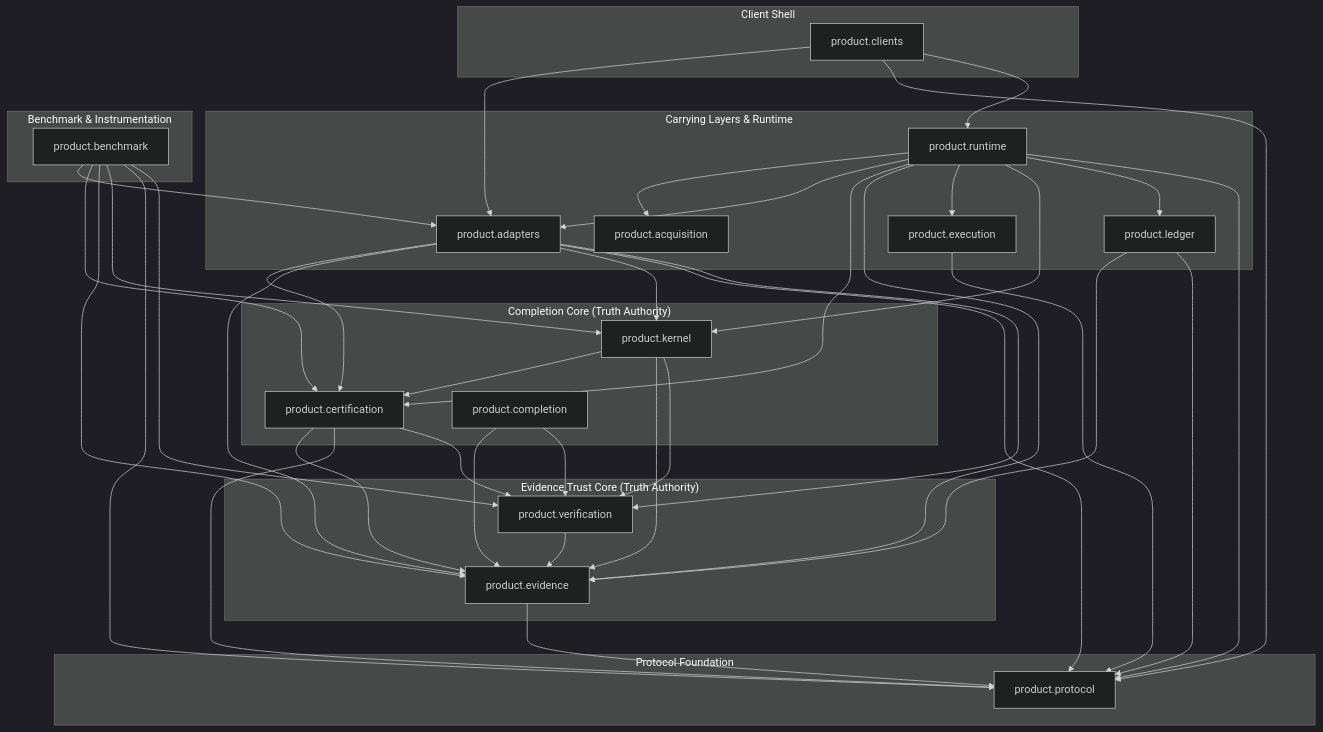
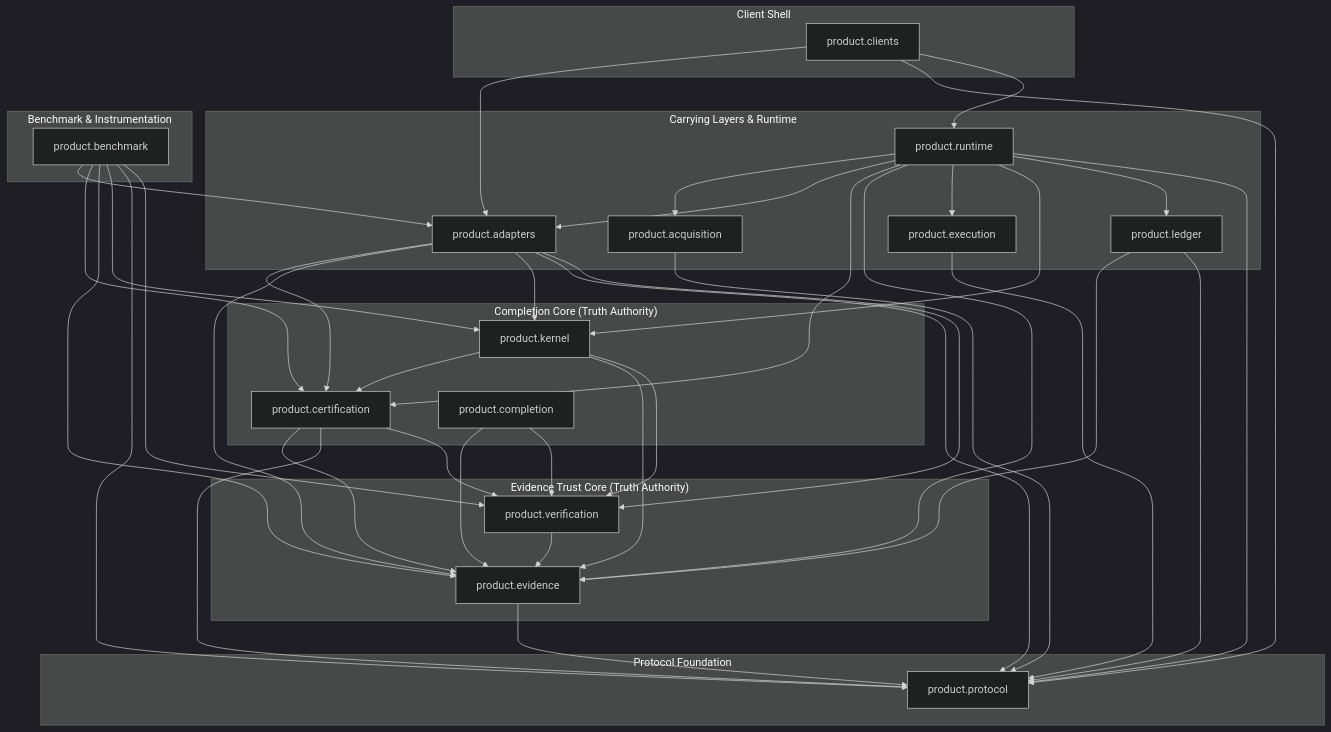
One commit to James3014/nexus-core changed the diagram in docs/architecture/BOUNDARY.md. Above: the diagram before and after it, drawn with Mermaid (dark theme). The commit also changed 2 other files, not shown here.

Commit message:
fix: respect acquisition architecture boundary

````diff
--- a/docs/architecture/BOUNDARY.md
+++ b/docs/architecture/BOUNDARY.md
@@ -46,64 +46,65 @@
 ```mermaid
 flowchart TD
     subgraph Clients["Client Shell"]
         product.clients["product.clients"]
     end
     subgraph Runtime["Carrying Layers & Runtime"]
         product.runtime["product.runtime"]
         product.acquisition["product.acquisition"]
         product.execution["product.execution"]
         product.ledger["product.ledger"]
         product.adapters["product.adapters"]
     end
     subgraph CompletionCore["Completion Core (Truth Authority)"]
         product.kernel["product.kernel"]
         product.certification["product.certification"]
         product.completion["product.completion"]
     end
     subgraph EvidenceTrustCore["Evidence Trust Core (Truth Authority)"]
         product.verification["product.verification"]
         product.evidence["product.evidence"]
     end
     subgraph ProtocolFoundation["Protocol Foundation"]
         product.protocol["product.protocol"]
     end
     subgraph Benchmark["Benchmark & Instrumentation"]
         product.benchmark["product.benchmark"]
     end
 
+    product.acquisition --> product.protocol
     product.adapters --> product.certification
     product.adapters --> product.evidence
     product.adapters --> product.kernel
     product.adapters --> product.protocol
     product.adapters --> product.verification
     product.benchmark --> product.adapters
     product.benchmark --> product.certification
     product.benchmark --> product.evidence
     product.benchmark --> product.kernel
     product.benchmark --> product.protocol
     product.benchmark --> product.verification
     product.certification --> product.evidence
     product.certification --> product.protocol
     product.certification --> product.verification
     product.clients --> product.adapters
     product.clients --> product.protocol
     product.clients --> product.runtime
     product.completion --> product.evidence
     product.completion --> product.verification
     product.evidence --> product.protocol
     product.execution --> product.protocol
     product.kernel --> product.certification
     product.kernel --> product.evidence
     product.kernel --> product.verification
     product.ledger --> product.evidence
     product.ledger --> product.protocol
     product.runtime --> product.acquisition
     product.runtime --> product.adapters
     product.runtime --> product.certification
     product.runtime --> product.evidence
     product.runtime --> product.execution
     product.runtime --> product.kernel
     product.runtime --> product.ledger
     product.runtime --> product.protocol
     product.verification --> product.evidence
 ```
````
